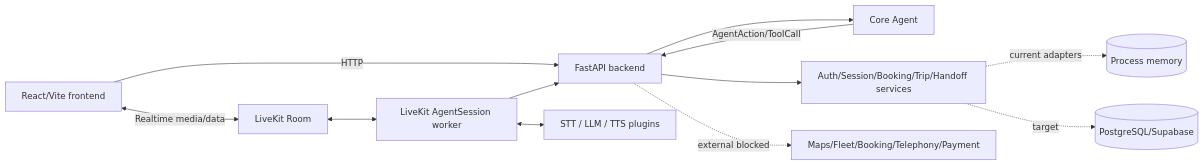
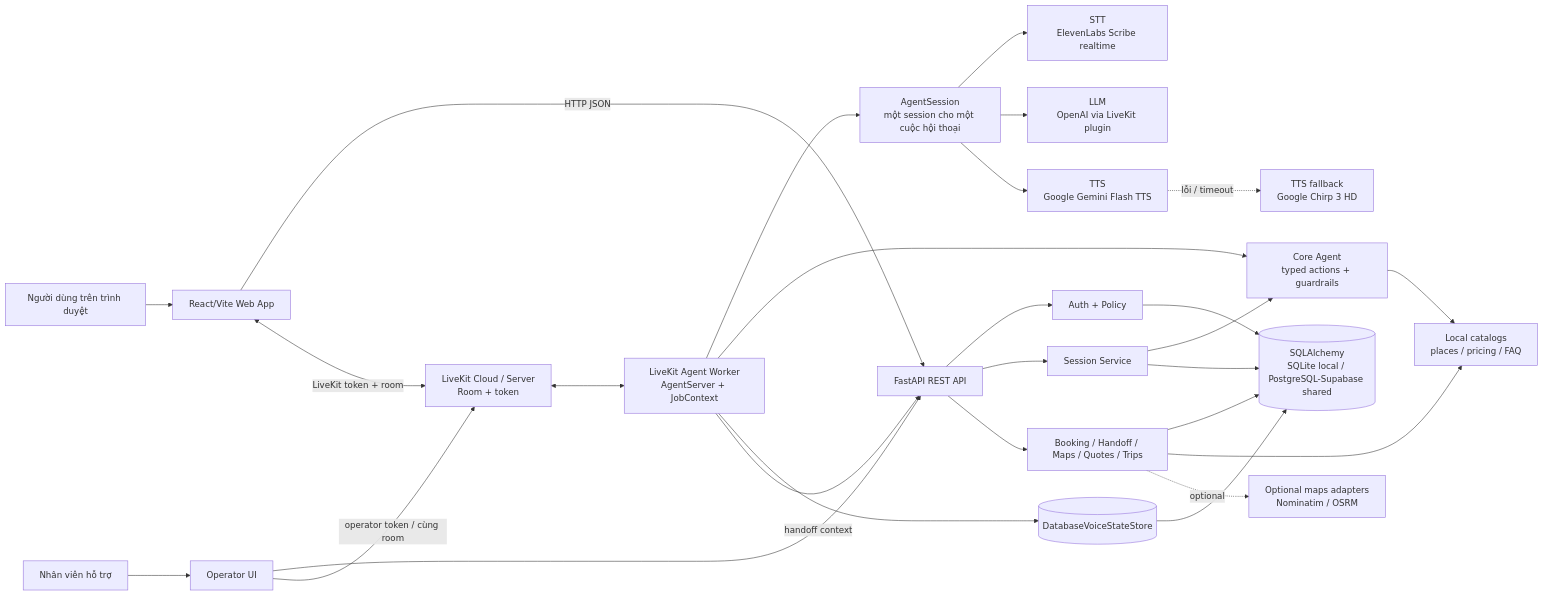
The diagram in docs/architecture_diagram.md (NamKhanh2128/OlaSM), drawn with Mermaid before and after one commit. The commit also changed other lines of this file and 15 other files, not shown here.

````diff
--- a/docs/architecture_diagram.md
+++ b/docs/architecture_diagram.md
@@ -7,14 +23,50 @@
-```mermaid
+~~~mermaid
 flowchart LR
-    FE[React/Vite frontend] -->|HTTP| BE[FastAPI backend]
-    FE <-->|Realtime media/data| LK[LiveKit Room]
-    LK <--> VOICE[LiveKit AgentSession worker]
-    VOICE <--> AI[STT / LLM / TTS plugins]
-    VOICE --> BE
-    BE --> AGENT[Core Agent]
-    AGENT -->|AgentAction/ToolCall| BE
-    BE --> DOMAIN[Auth/Session/Booking/Trip/Handoff services]
-    DOMAIN -. current adapters .-> RAM[(Process memory)]
-    DOMAIN -. target .-> PG[(PostgreSQL/Supabase)]
-    BE -. external blocked .-> EXT[Maps/Fleet/Booking/Telephony/Payment]
-```
+    U[Người dùng trên trình duyệt]
+    FE[React/Vite Web App]
+    API[FastAPI REST API]
+    AUTH[Auth + Policy]
+    SES[Session Service]
+    AGENT[Core Agent<br/>typed actions + guardrails]
+    DOMAIN[Booking / Handoff / Maps / Quotes / Trips]
+    DB[(SQLAlchemy<br/>SQLite local / PostgreSQL-Supabase shared)]
+    STORE[(DatabaseVoiceStateStore)]
+    LK[LiveKit Cloud / Server<br/>Room + token]
+    WORKER[LiveKit Agent Worker<br/>AgentServer + JobContext]
+    AS[AgentSession<br/>một session cho một cuộc hội thoại]
+    STT[STT<br/>ElevenLabs Scribe realtime]
+    LLM[LLM<br/>OpenAI via LiveKit plugin]
+    TTS[TTS<br/>Google Gemini Flash TTS]
+    FALLBACK[TTS fallback<br/>Google Chirp 3 HD]
+    CAT[Local catalogs<br/>places / pricing / FAQ]
+    MAPS[Optional maps adapters<br/>Nominatim / OSRM]
+    OP[Operator UI]
+    HUMAN[Nhân viên hỗ trợ]
+
+    U --> FE
+    FE -->|HTTP JSON| API
+    FE <-->|LiveKit token + room| LK
+    API --> AUTH
+    API --> SES
+    SES --> AGENT
+    API --> DOMAIN
+    AUTH --> DB
+    SES --> DB
+    DOMAIN --> DB
+    AGENT --> CAT
+    DOMAIN --> CAT
+    DOMAIN -. optional .-> MAPS
+    LK <--> WORKER
+    WORKER --> AS
+    AS --> STT
+    AS --> LLM
+    AS --> TTS
+    TTS -. lỗi / timeout .-> FALLBACK
+    WORKER --> AGENT
+    WORKER --> STORE
+    STORE --> DB
+    OP --> API
+    OP -->|operator token / cùng room| LK
+    HUMAN --> OP
+    WORKER -->|handoff context| API
+~~~
````
